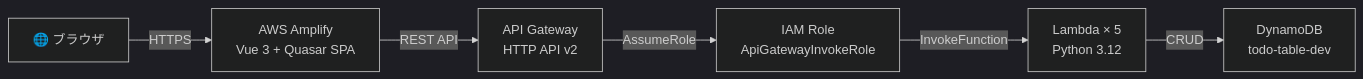
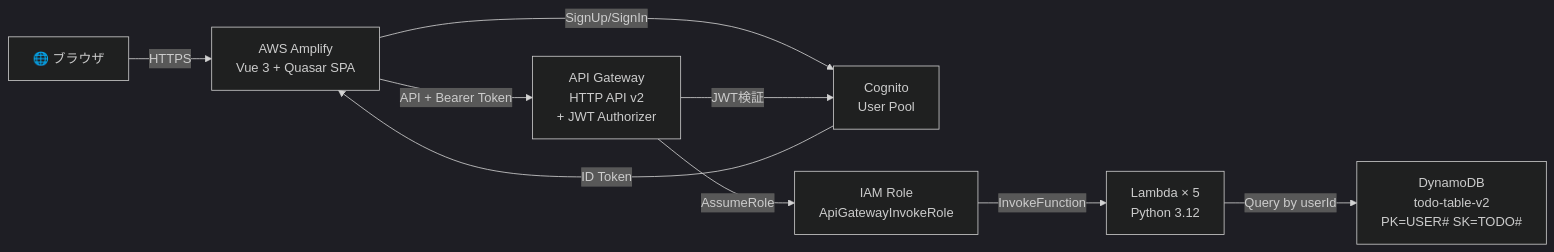
Before and after one commit to Mo3g4u/sam-todo: the first of 6 diagrams in docs/architecture.md, drawn with Mermaid (dark theme). The commit also changed other lines of this file and 3 other files, not shown here.

````diff
--- a/docs/architecture.md
+++ b/docs/architecture.md
@@ -7,15 +7,19 @@
 ```mermaid
 graph LR
     Browser["🌐 ブラウザ"]
     Amplify["AWS Amplify\nVue 3 + Quasar SPA"]
-    APIGW["API Gateway\nHTTP API v2"]
+    Cognito["Cognito\nUser Pool"]
+    APIGW["API Gateway\nHTTP API v2\n+ JWT Authorizer"]
     Role["IAM Role\nApiGatewayInvokeRole"]
     Lambda["Lambda × 5\nPython 3.12"]
-    DDB["DynamoDB\ntodo-table-dev"]
+    DDB["DynamoDB\ntodo-table-v2\nPK=USER# SK=TODO#"]
 
     Browser -->|HTTPS| Amplify
-    Amplify -->|REST API| APIGW
+    Amplify -->|SignUp/SignIn| Cognito
+    Cognito -->|ID Token| Amplify
+    Amplify -->|API + Bearer Token| APIGW
+    APIGW -->|JWT検証| Cognito
     APIGW -->|AssumeRole| Role
     Role -->|InvokeFunction| Lambda
-    Lambda -->|CRUD| DDB
+    Lambda -->|Query by userId| DDB
 ```
````
